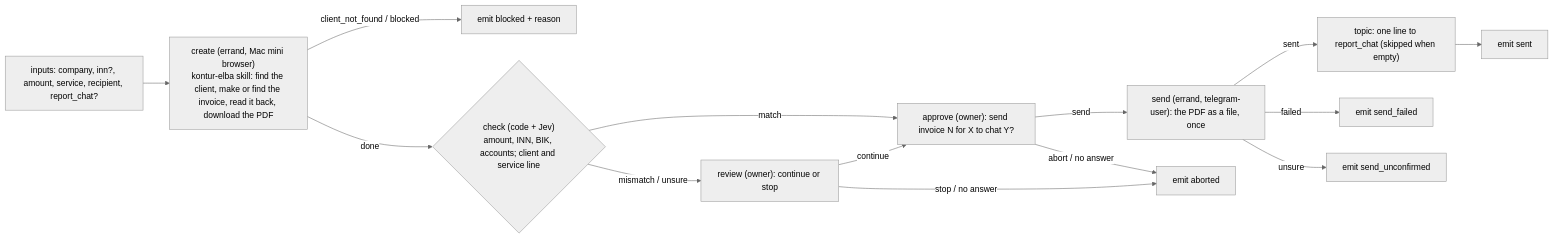
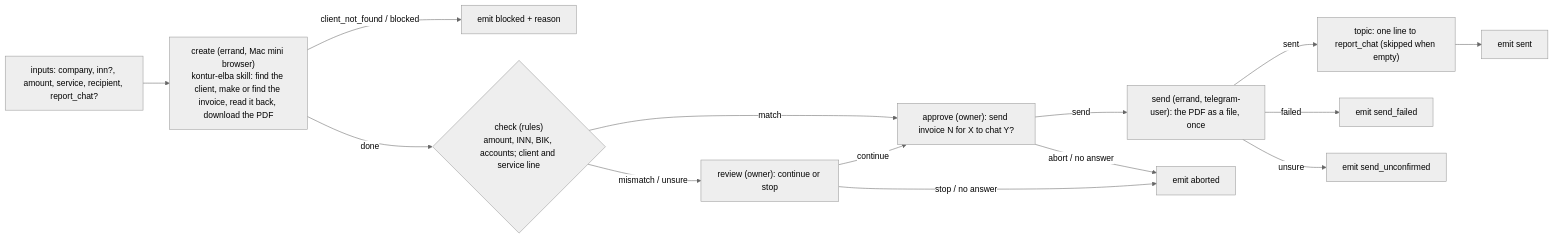
One commit to VKirill/bb-plugin-lane-pilot changed the diagram in docs/invoice-send.md. Above: the diagram before and after it, drawn with Mermaid (neutral theme). The commit also changed other lines of this file and 235 other files, not shown here.

````diff
--- a/docs/invoice-send.md
+++ b/docs/invoice-send.md
@@ -6,15 +6,15 @@
 ```mermaid
 flowchart LR
   I["inputs: company, inn?, amount, service, recipient, report_chat?"] --> C["create (errand, Mac mini browser)\nkontur-elba skill: find the client, make or find the invoice, read it back, download the PDF"]
   C -->|"client_not_found / blocked"| B["emit blocked + reason"]
-  C -->|done| K{"check (code + Jev)\namount, INN, BIK, accounts; client and service line"}
+  C -->|done| K{"check (rules)\namount, INN, BIK, accounts; client and service line"}
   K -->|match| A["approve (owner): send invoice N for X to chat Y?"]
   K -->|"mismatch / unsure"| R["review (owner): continue or stop"]
   R -->|continue| A
   R -->|"stop / no answer"| X["emit aborted"]
   A -->|send| S["send (errand, telegram-user): the PDF as a file, once"]
   A -->|"abort / no answer"| X
   S -->|sent| T["topic: one line to report_chat (skipped when empty)"] --> D["emit sent"]
   S -->|failed| F["emit send_failed"]
   S -->|unsure| U["emit send_unconfirmed"]
 ```
````
